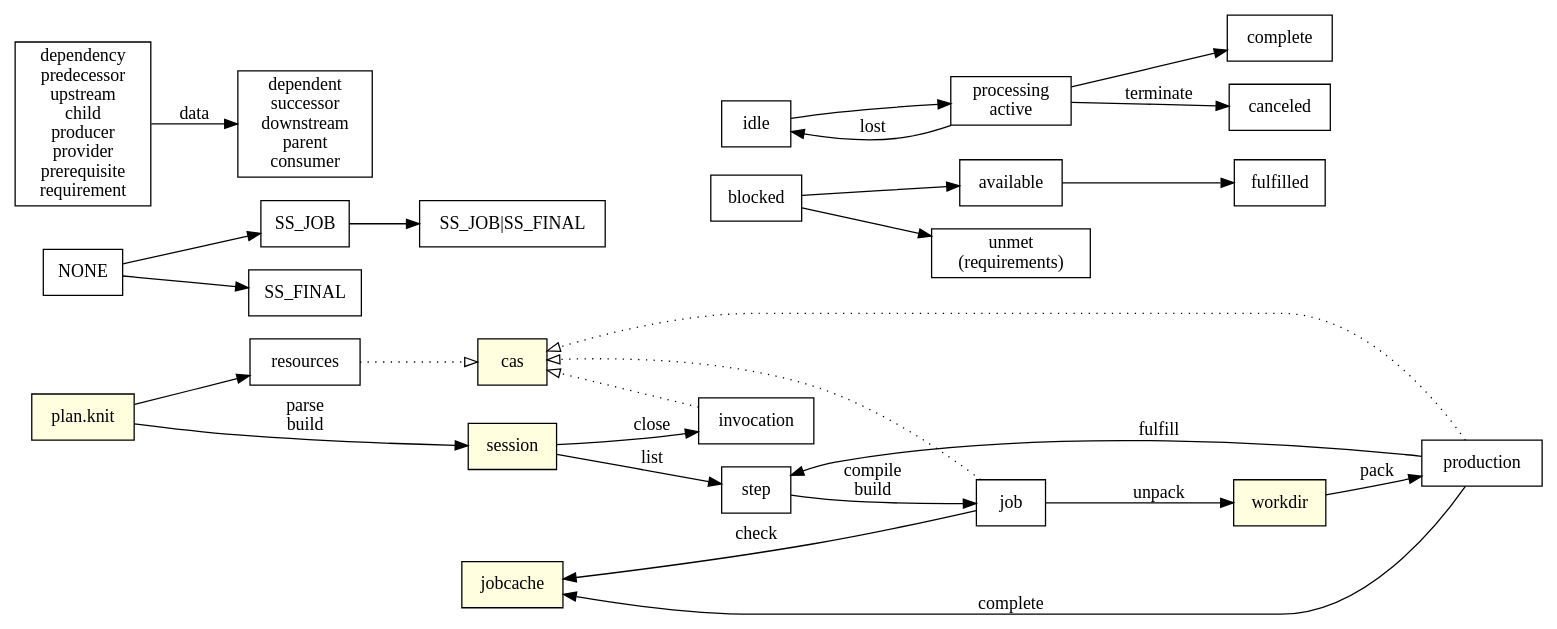
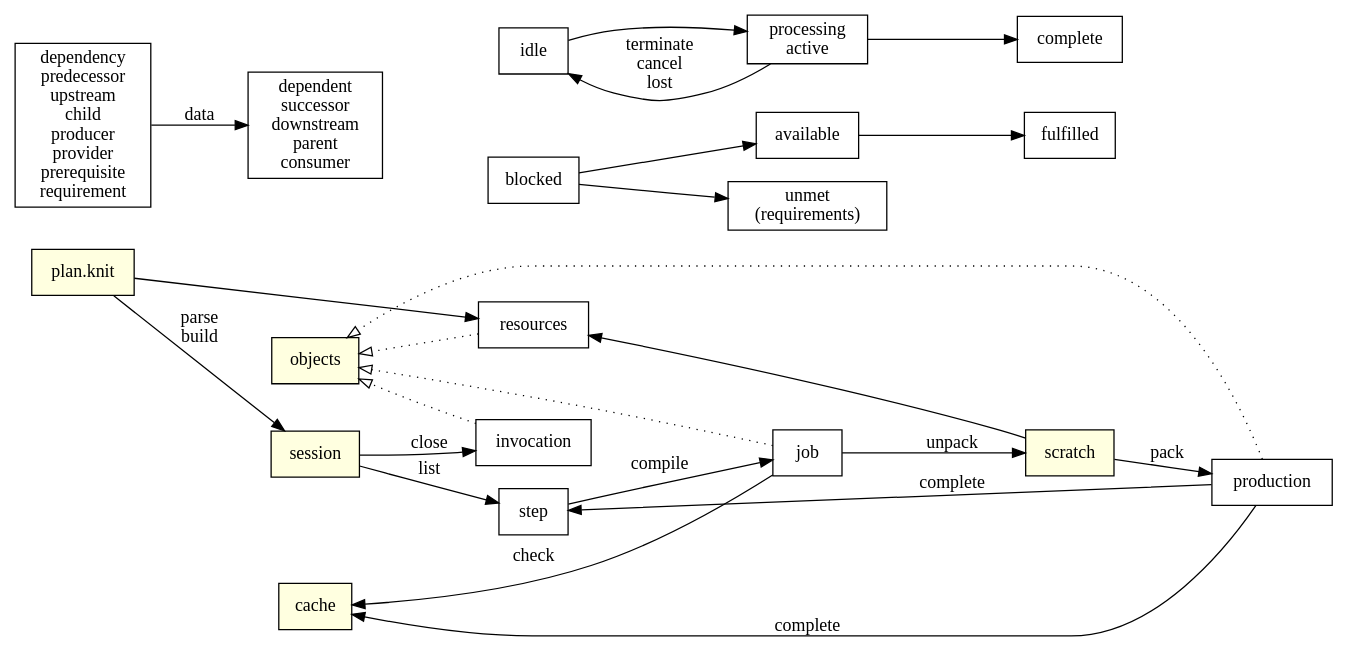
The diagram in diagram.dot (jmou/knit), drawn with Graphviz before and after one commit. The commit also changed 12 other files, not shown here.

First line of the commit message:
Restructure scratch directories and job dispatch

```diff
--- a/diagram.dot
+++ b/diagram.dot
@@ -1,69 +1,62 @@
 digraph {
     rankdir=LR;
     node [shape=box];
 
     {
         node [style=filled,fillcolor=lightyellow];
 
         // session canonicalization to detect duplicate flows?
         "plan.knit";
         {
             rank=same;
             // .knit/sessions/xxxx
             session;
-            // .knit/cas/xx/yyyy
-            cas;
-            // .knit/jobcache/xx/yyyy
-            // TODO this seems more appropriate on the workdir
-            // .knit/jobcache/xx/yyyy.pending
-            jobcache;
+            // .knit/objects/xx/yyyy
+            objects;
+            // .knit/cache/xx/yyyy
+            cache;
         }
-        // .knit/workdirs/xx/yyyy
-        workdir;
+        // .knit/scratch/xxxx
+        scratch;
     }
 
     "plan.knit" -> session [label="parse\nbuild"];
     "plan.knit" -> resources;
-    step -> job [label="compile\nbuild"];
-    job -> jobcache [label=check];
-    production -> step [label=fulfill];
+    step -> job [label=compile];
+    job -> cache [label=check];
+    production -> step [label=complete];
     session -> step [label=list];
     session -> invocation [label=close];
 
     // dispatch
-    job -> workdir [label=unpack];
-    workdir -> production [label=pack];
-    production -> jobcache [label=complete];
+    job -> scratch [label=unpack];
+    scratch -> production [label=pack];
+    production -> cache [label=complete];
+    scratch -> resources;
 
     {
         edge [style=dotted,arrowhead=empty];
-        resources -> cas;
-        job -> cas;
-        production -> cas;
-        invocation -> cas;
+        { resources job production invocation } -> objects;
     }
+
+    { rank=same; resources; step; }
 
     // step states
     blocked;
     available;
     blocked -> available;
     available -> fulfilled;
     blocked -> "unmet\n(requirements)";
 
-    // step flags
-    NONE -> SS_JOB -> "SS_JOB|SS_FINAL";
-    NONE -> SS_FINAL;
-
     // job states
     processing [label="processing\nactive"];
     idle -> processing -> complete;
-    processing -> canceled [label=terminate];
-    processing -> idle [label=lost];
+    processing -> idle [label="terminate\ncancel\nlost"];
 
     // dependencies
     dependency [label="dependency\npredecessor\nupstream\nchild\nproducer\nprovider\nprerequisite\nrequirement"];
     dependent [label="dependent\nsuccessor\ndownstream\nparent\nconsumer"];
     dependency -> dependent [label=data];
 
     { rank=same; idle; blocked; step; }
 }
```
